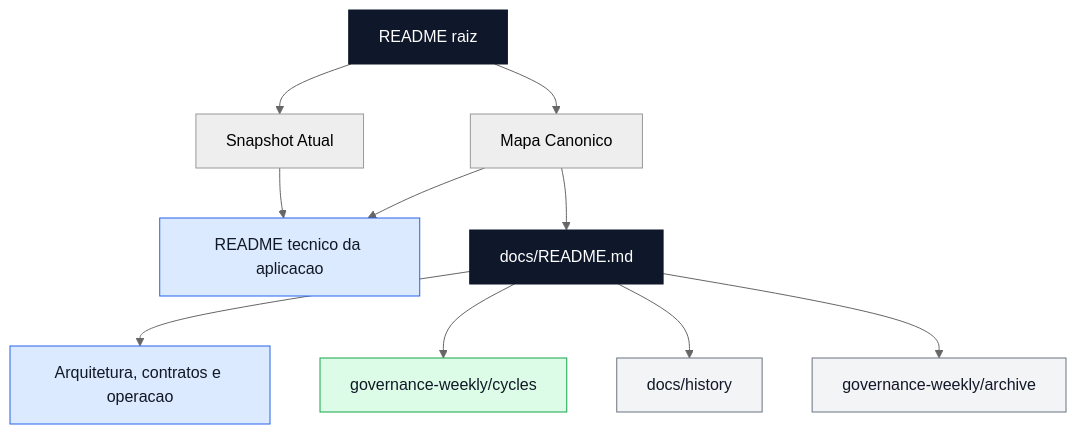
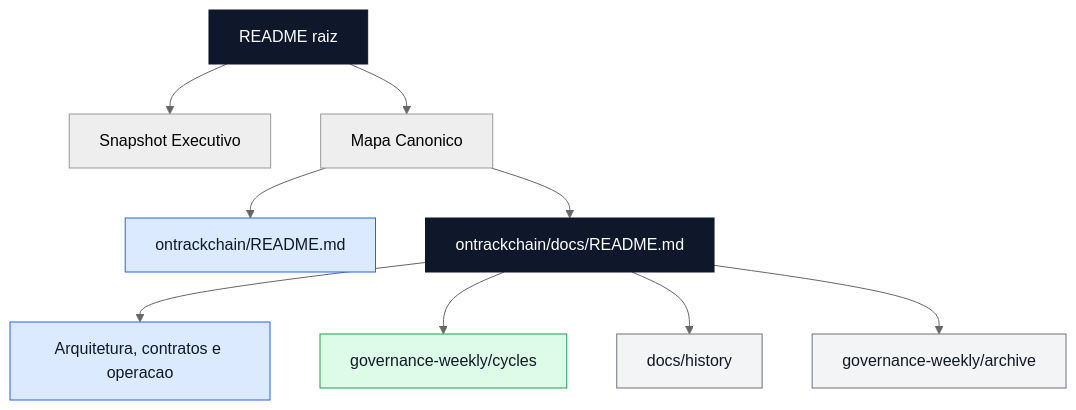
The first of 3 diagrams in README.md (Jistriane/Ontrackchain), drawn with Mermaid (neutral theme) before and after one commit. The commit also changed other lines of this file and 7 other files, not shown here.

````diff
--- a/README.md
+++ b/README.md
@@ -30,22 +28,21 @@
 ```mermaid
 flowchart TD
-    A[README raiz] --> B[Snapshot Atual]
+    A[README raiz] --> B[Snapshot Executivo]
     A --> C[Mapa Canonico]
-    B --> D[README tecnico da aplicacao]
-    C --> D
-    C --> E[docs/README.md]
+    C --> D[ontrackchain/README.md]
+    C --> E[ontrackchain/docs/README.md]
     E --> F[Arquitetura, contratos e operacao]
     E --> G[governance-weekly/cycles]
     E --> H[docs/history]
     E --> I[governance-weekly/archive]
 
     classDef primary fill:#0f172a,stroke:#0f172a,color:#fff;
     classDef live fill:#dbeafe,stroke:#2563eb,color:#111827;
     classDef evidence fill:#dcfce7,stroke:#16a34a,color:#111827;
     classDef history fill:#f3f4f6,stroke:#6b7280,color:#111827;
 
     class A,E primary;
     class D,F live;
     class G evidence;
     class H,I history;
 ```
````
